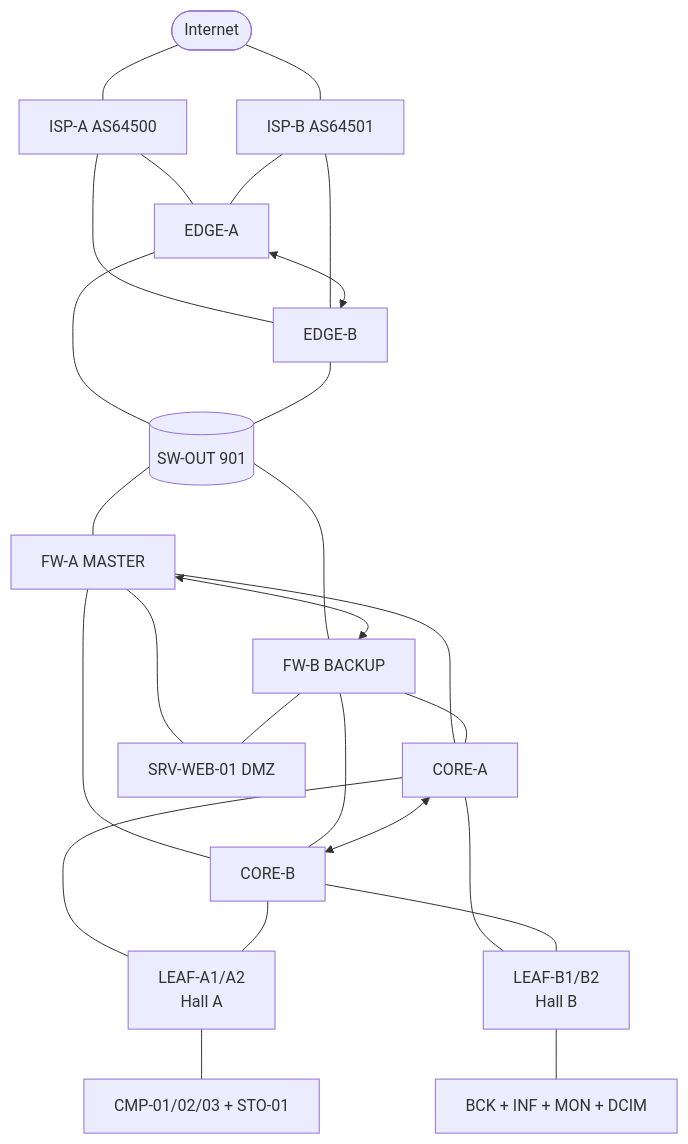
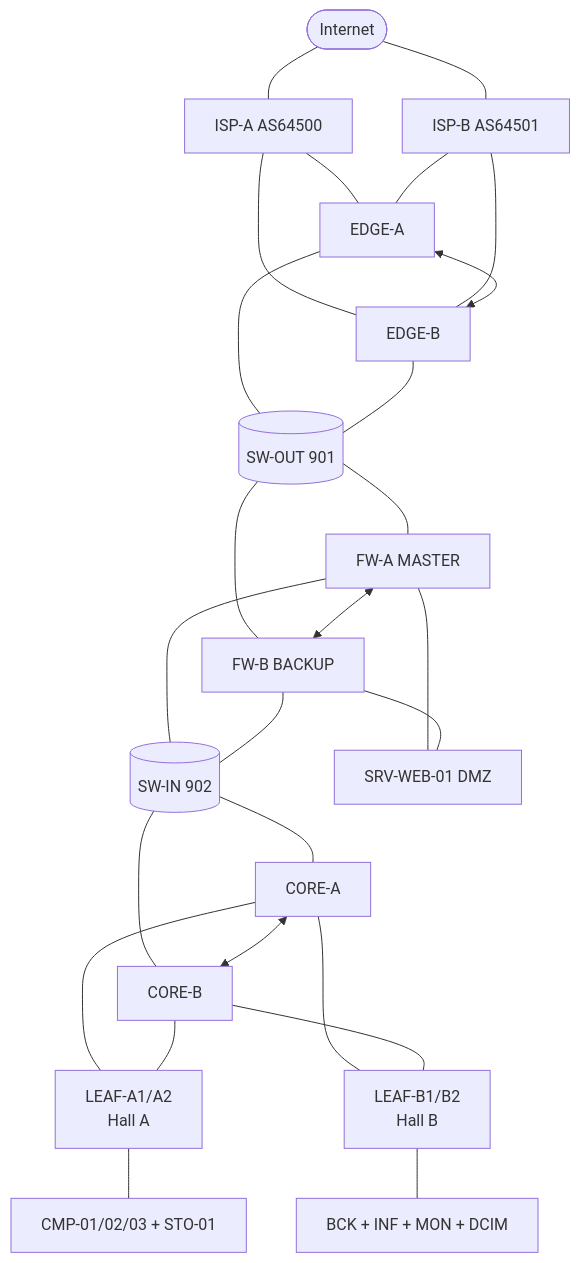
The diagram in 03_Network/report/_source/arch_topo_simple.mmd (Mohamed-Ben-Naima/esprim-data-center), drawn with Mermaid before and after one commit. The commit also changed 26 other files, not shown here.

```diff
--- a/03_Network/report/_source/arch_topo_simple.mmd
+++ b/03_Network/report/_source/arch_topo_simple.mmd
@@ -1,14 +1,14 @@
 flowchart TD
     INET([Internet]) --- ISPA[ISP-A AS64500] & ISPB[ISP-B AS64501]
     ISPA --- EA[EDGE-A] & EB[EDGE-B]
     ISPB --- EA & EB
     EA <--> EB
     EA & EB --- SWOUT[(SW-OUT 901)]
     SWOUT --- FWA[FW-A MASTER] & FWB[FW-B BACKUP]
     FWA <--> FWB
-    FWA & FWB --- CA[CORE-A] & CB[CORE-B]
+    FWA & FWB --- SWIN[(SW-IN 902)] --- CA[CORE-A] & CB[CORE-B]
     CA <--> CB
     CA & CB --- LA[LEAF-A1/A2<br/>Hall A] & LB[LEAF-B1/B2<br/>Hall B]
     LA --- CMP[CMP-01/02/03 + STO-01]
     LB --- SRV[BCK + INF + MON + DCIM]
     FWA & FWB --- WEB[SRV-WEB-01 DMZ]
```
